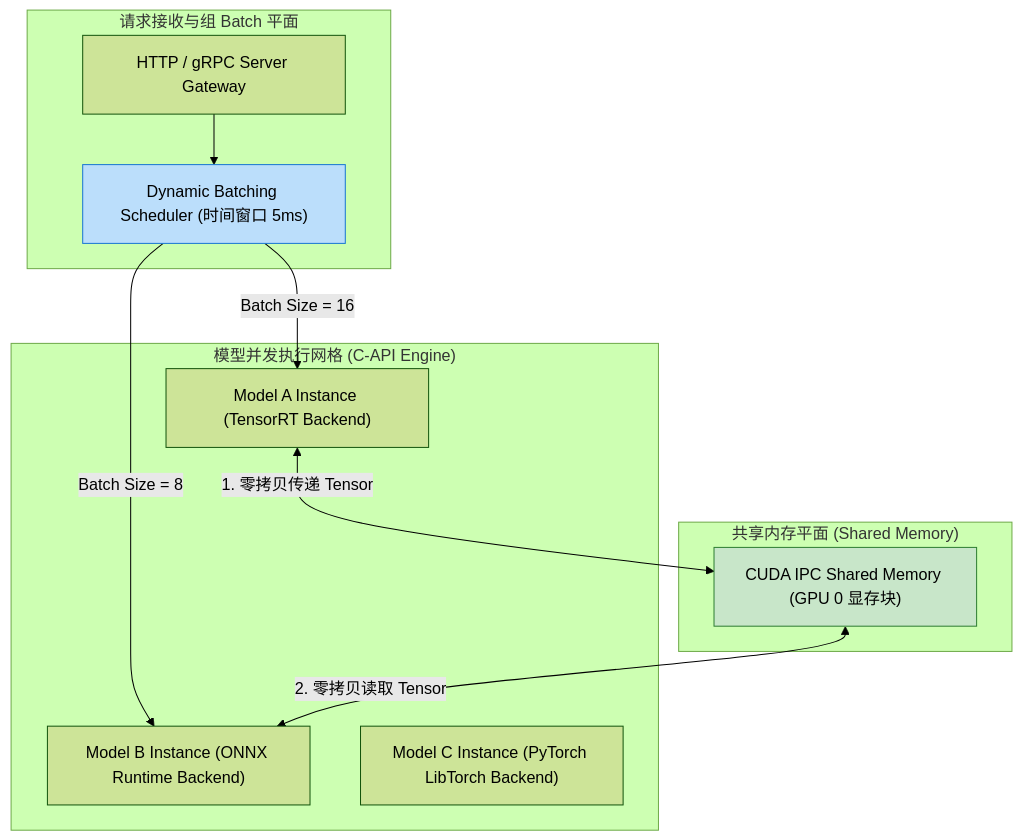
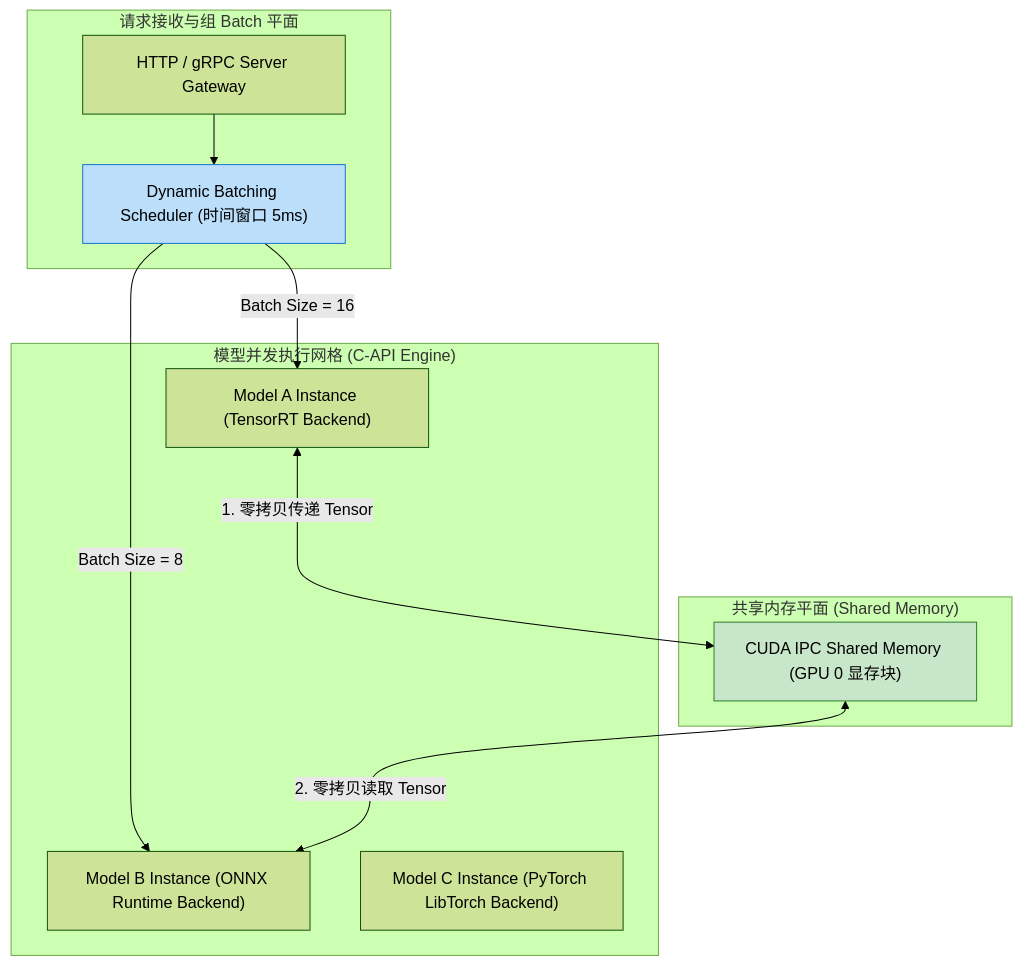
The fourth of 6 diagrams in docs/atlas/triton-inference-server.mdx (koosai/AI-Architect-Learning), drawn with Mermaid (forest theme) before and after one commit. The commit also changed other lines of this file and 68 other files, not shown here.

Commit message:
fix(atlas): fix browser client-side Mermaid rendering for mindmaps and flowcharts across 67 case studies

````diff
--- a/docs/atlas/triton-inference-server.mdx
+++ b/docs/atlas/triton-inference-server.mdx
@@ -126,27 +126,27 @@
 ```mermaid
 graph TB
   subgraph RequestIngress["请求接收与组 Batch 平面"]
     FrontGateway["HTTP / gRPC Server Gateway"]
     BatchScheduler["Dynamic Batching Scheduler (时间窗口 5ms)"]
   end
 
   subgraph ModelExecutionGrid["模型并发执行网格 (C-API Engine)"]
     ModelInstance1["Model A Instance (TensorRT Backend)"]
     ModelInstance2["Model B Instance (ONNX Runtime Backend)"]
     ModelInstance3["Model C Instance (PyTorch LibTorch Backend)"]
   end
 
   subgraph SharedMemoryStorage["共享内存平面 (Shared Memory)"]
     CUDAPtrMemory["CUDA IPC Shared Memory (GPU 0 显存块)"]
   end
 
   FrontGateway --> BatchScheduler
   BatchScheduler -- "Batch Size = 16" --> ModelInstance1
   BatchScheduler -- "Batch Size = 8" --> ModelInstance2
 
-  ModelInstance1 <-->|1. 零拷贝传递 Tensor| CUDAPtrMemory
-  CUDAPtrMemory <-->|2. 零拷贝读取 Tensor| ModelInstance2
+  ModelInstance1 <--->|1. 零拷贝传递 Tensor| CUDAPtrMemory
+  CUDAPtrMemory <--->|2. 零拷贝读取 Tensor| ModelInstance2
 
   style BatchScheduler fill:#bbdefb,stroke:#1976d2
   style CUDAPtrMemory fill:#c8e6c9,stroke:#2e7d32
 ```
````
